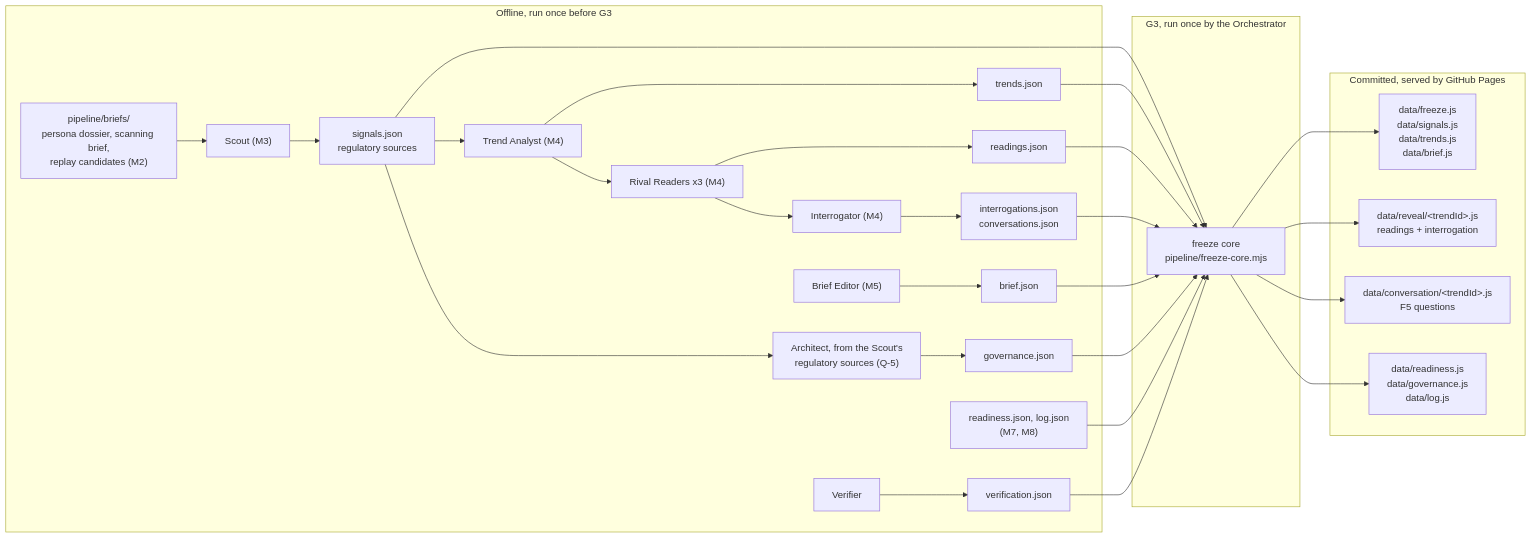
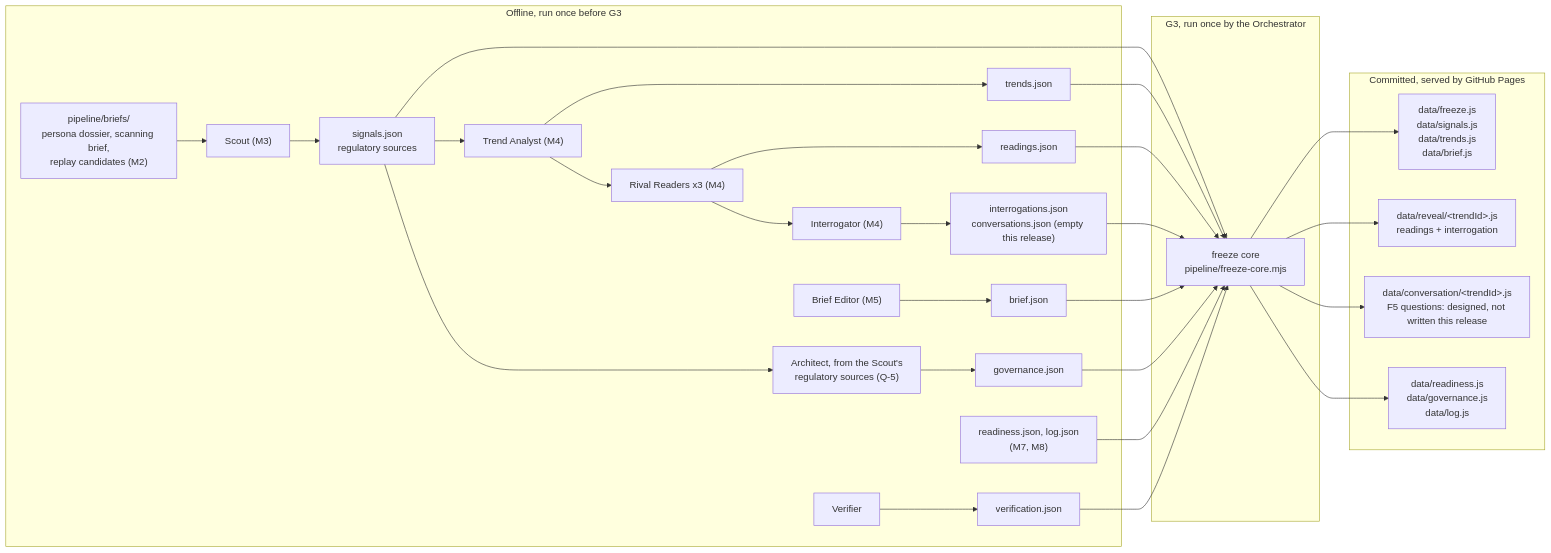
The second of 3 diagrams in docs/03-architecture.md (MackeyXXII/periscope), drawn with Mermaid before and after one commit. The commit also changed other lines of this file and 7 other files, not shown here.

Commit message:
L3/L4/schemas: apply 5 Oct decisions and Red-team B1, B2, B4, B5, N3-N8 (explanation ai-generated, F5 static with deferred tests, state-level refusals, honest replay phrases, verifiedBy on not-implemented, freeze.html dropped)

````diff
--- a/docs/03-architecture.md
+++ b/docs/03-architecture.md
@@ -83,28 +88,28 @@
 ```mermaid
 flowchart LR
   subgraph Offline["Offline, run once before G3"]
     BR["pipeline/briefs/<br/>persona dossier, scanning brief,<br/>replay candidates (M2)"]
     SC["Scout (M3)"] --> SJ["signals.json<br/>regulatory sources"]
     TA["Trend Analyst (M4)"] --> TJ["trends.json"]
     RR["Rival Readers x3 (M4)"] --> RJ["readings.json"]
-    IN["Interrogator (M4)"] --> IJ["interrogations.json<br/>conversations.json"]
+    IN["Interrogator (M4)"] --> IJ["interrogations.json<br/>conversations.json (empty this release)"]
     BE["Brief Editor (M5)"] --> BJ["brief.json"]
     AR["Architect, from the Scout's<br/>regulatory sources (Q-5)"] --> GJ["governance.json"]
     OT["readiness.json, log.json<br/>(M7, M8)"]
     VF["Verifier"] --> VR["verification.json"]
     BR --> SC
     SJ --> TA --> RR --> IN
     SJ --> AR
   end
   subgraph Freeze["G3, run once by the Orchestrator"]
     FZ["freeze core<br/>pipeline/freeze-core.mjs"]
   end
   subgraph Shipped["Committed, served by GitHub Pages"]
     D1["data/freeze.js<br/>data/signals.js<br/>data/trends.js<br/>data/brief.js"]
     D2["data/reveal/&lt;trendId&gt;.js<br/>readings + interrogation"]
-    D4["data/conversation/&lt;trendId&gt;.js<br/>F5 questions"]
+    D4["data/conversation/&lt;trendId&gt;.js<br/>F5 questions: designed, not written this release"]
     D3["data/readiness.js<br/>data/governance.js<br/>data/log.js"]
   end
   SJ & TJ & RJ & IJ & BJ & GJ & OT & VR --> FZ
   FZ --> D1 & D2 & D4 & D3
 ```
````
